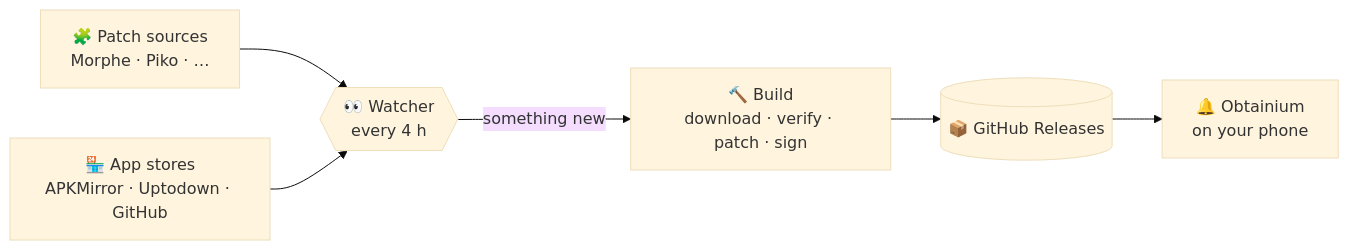
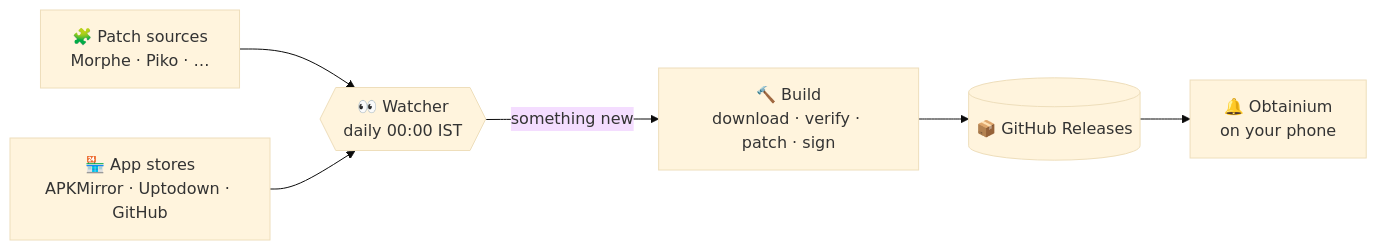
Before and after one commit to softpyscho/rvb: the diagram in README.md, drawn with Mermaid (base theme). The commit also changed other lines of this file and 6 other files, not shown here.

First line of the commit message:
feat(ci): run the watcher once a day at 00:00 IST

````diff
--- a/README.md
+++ b/README.md
@@ -230,8 +230,8 @@
 ```mermaid
 flowchart LR
     P["🧩 Patch sources<br/>Morphe · Piko · …"] --> W
     S["🏪 App stores<br/>APKMirror · Uptodown · GitHub"] --> W
-    W{{"👀 Watcher<br/>every 4 h"}} -- "something new" --> B
+    W{{"👀 Watcher<br/>daily 00:00 IST"}} -- "something new" --> B
     B["🔨 Build<br/>download · verify · patch · sign"] --> R[("📦 GitHub Releases")]
     R --> O["🔔 Obtainium<br/>on your phone"]
 ```
````
